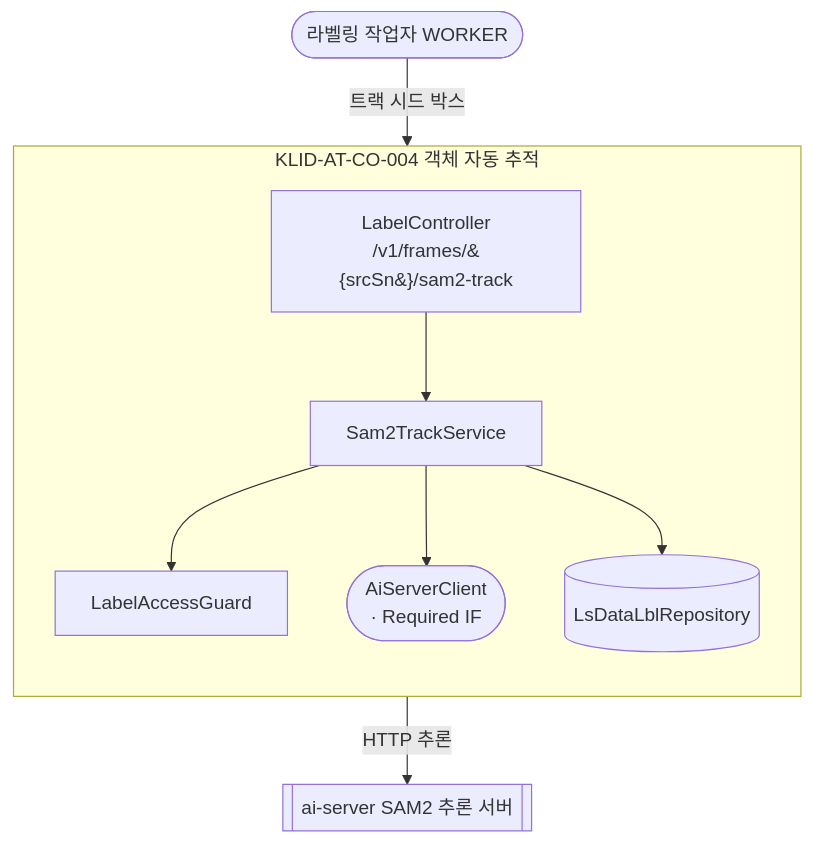
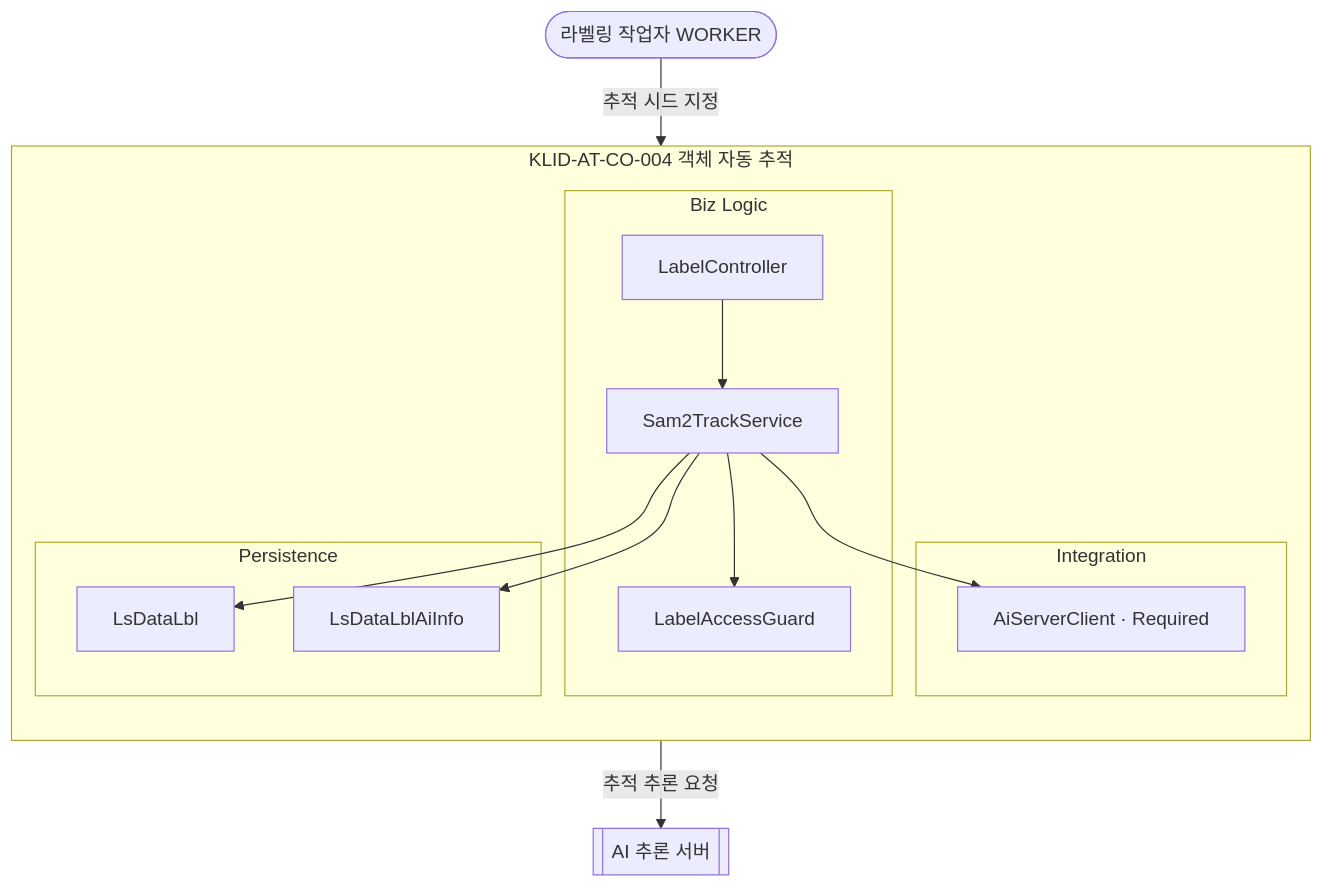
Before and after one commit to New-stella/klid-label: the fourth of 13 diagrams in docs/design/D3-컴포넌트설계서.md, drawn with Mermaid. The commit also changed other lines of this file and 32 other files, not shown here.

````diff
--- a/docs/design/D3-컴포넌트설계서.md
+++ b/docs/design/D3-컴포넌트설계서.md
@@ -111,19 +128,27 @@
 ```mermaid
 flowchart TD
     WORKER([라벨링 작업자 WORKER])
-    AISVR[[ai-server SAM2 추론 서버]]
+    AISVR[[AI 추론 서버]]
     subgraph CO004[KLID-AT-CO-004 객체 자동 추적]
         direction TB
-        LC[LabelController<br/>/v1/frames/&#123;srcSn&#125;/sam2-track]
-        STS[Sam2TrackService]
-        LAG[LabelAccessGuard]
-        AISC([AiServerClient<br/>· Required IF])
-        LDL[(LsDataLblRepository)]
+        subgraph BIZ4[Biz Logic]
+            LC[LabelController]
+            STS[Sam2TrackService]
+            LAG[LabelAccessGuard]
+        end
+        subgraph INT4[Integration]
+            AISC[AiServerClient · Required]
+        end
+        subgraph PER4[Persistence]
+            LDL[LsDataLbl]
+            LAI[LsDataLblAiInfo]
+        end
         LC --> STS
         STS --> LAG
         STS --> AISC
         STS --> LDL
+        STS --> LAI
     end
-    WORKER -->|트랙 시드 박스| LC
-    AISC -->|HTTP 추론| AISVR
+    WORKER -->|추적 시드 지정| LC
+    AISC -->|추적 추론 요청| AISVR
 ```
````
